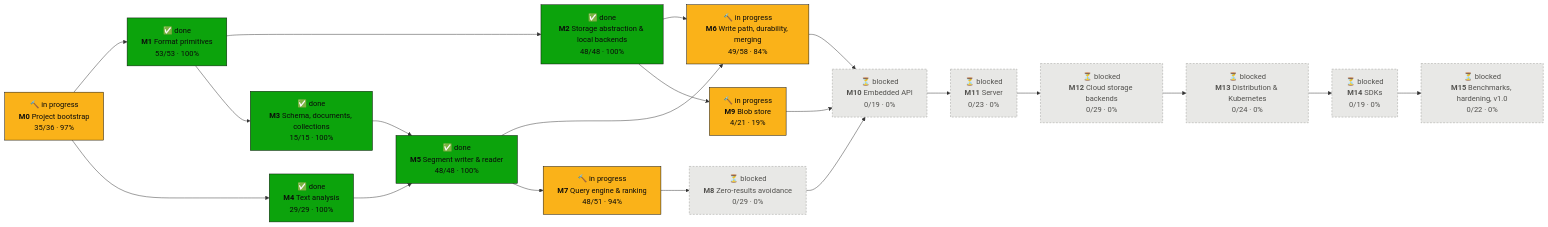
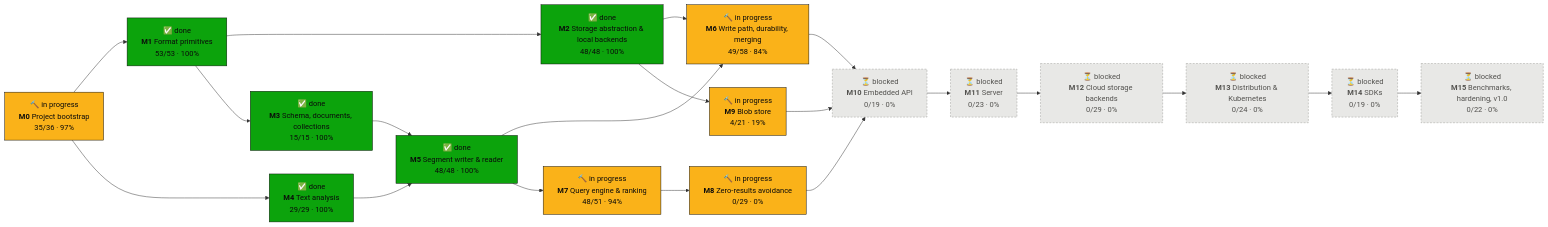
One commit to tomiok/persiaDB changed the first of 2 diagrams in PROGRESS.md. Above: the diagram before and after it, drawn with Mermaid. The commit also changed other lines of this file and 8 other files, not shown here.

First line of the commit message:
feat(engine): relaxation plan with per-level transforms (ROADMAP 8.1.1) (#80)

````diff
--- a/PROGRESS.md
+++ b/PROGRESS.md
@@ -16,42 +16,42 @@
 ```mermaid
 flowchart LR
   M0["🔨 in progress<br/><b>M0</b> Project bootstrap<br/>35/36 · 97%"]:::doing
   M1["✅ done<br/><b>M1</b> Format primitives<br/>53/53 · 100%"]:::done
   M2["✅ done<br/><b>M2</b> Storage abstraction & local backends<br/>48/48 · 100%"]:::done
   M3["✅ done<br/><b>M3</b> Schema, documents, collections<br/>15/15 · 100%"]:::done
   M4["✅ done<br/><b>M4</b> Text analysis<br/>29/29 · 100%"]:::done
   M5["✅ done<br/><b>M5</b> Segment writer & reader<br/>48/48 · 100%"]:::done
   M6["🔨 in progress<br/><b>M6</b> Write path, durability, merging<br/>49/58 · 84%"]:::doing
   M7["🔨 in progress<br/><b>M7</b> Query engine & ranking<br/>48/51 · 94%"]:::doing
-  M8["⏳ blocked<br/><b>M8</b> Zero-results avoidance<br/>0/29 · 0%"]:::blocked
+  M8["🔨 in progress<br/><b>M8</b> Zero-results avoidance<br/>0/29 · 0%"]:::doing
   M9["🔨 in progress<br/><b>M9</b> Blob store<br/>4/21 · 19%"]:::doing
   M10["⏳ blocked<br/><b>M10</b> Embedded API<br/>0/19 · 0%"]:::blocked
   M11["⏳ blocked<br/><b>M11</b> Server<br/>0/23 · 0%"]:::blocked
   M12["⏳ blocked<br/><b>M12</b> Cloud storage backends<br/>0/29 · 0%"]:::blocked
   M13["⏳ blocked<br/><b>M13</b> Distribution & Kubernetes<br/>0/24 · 0%"]:::blocked
   M14["⏳ blocked<br/><b>M14</b> SDKs<br/>0/19 · 0%"]:::blocked
   M15["⏳ blocked<br/><b>M15</b> Benchmarks, hardening, v1.0<br/>0/22 · 0%"]:::blocked
   M0 --> M1
   M1 --> M2
   M1 --> M3
   M0 --> M4
   M3 --> M5
   M4 --> M5
   M2 --> M6
   M5 --> M6
   M5 --> M7
   M7 --> M8
   M2 --> M9
   M6 --> M10
   M8 --> M10
   M9 --> M10
   M10 --> M11
   M11 --> M12
   M12 --> M13
   M13 --> M14
   M14 --> M15
   classDef done fill:#0ca30c,stroke:#0b0b0b,color:#0b0b0b
   classDef doing fill:#fab219,stroke:#0b0b0b,color:#0b0b0b
   classDef ready fill:#fcfcfb,stroke:#0b0b0b,stroke-width:2px,color:#0b0b0b
   classDef blocked fill:#e8e8e6,stroke:#9a9a96,stroke-dasharray:4 3,color:#52514e
 ```
````
